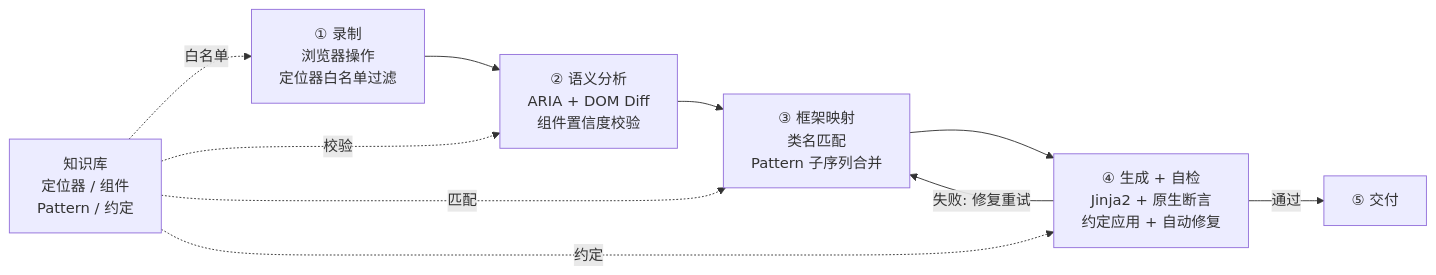
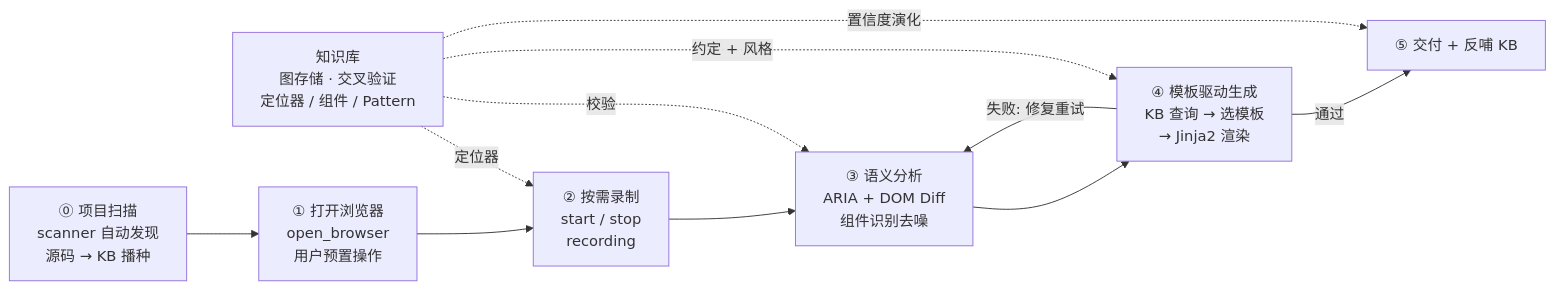
Before and after one commit to timgunnar/UIBridge: the third of 4 diagrams in README.md, drawn with Mermaid. The commit also changed other lines of this file and 122 other files, not shown here.

````diff
--- a/README.md
+++ b/README.md
@@ -97,15 +99,16 @@
 ```mermaid
 flowchart LR
-    KB["知识库<br/>定位器 / 组件<br/>Pattern / 约定"]
+    KB["知识库<br/>图存储 · 交叉验证<br/>定位器 / 组件 / Pattern"]
 
-    S1["① 录制<br/>浏览器操作<br/>定位器白名单过滤"] --> S2["② 语义分析<br/>ARIA + DOM Diff<br/>组件置信度校验"]
-    S2 --> S3["③ 框架映射<br/>类名匹配<br/>Pattern 子序列合并"]
-    S3 --> S4["④ 生成 + 自检<br/>Jinja2 + 原生断言<br/>约定应用 + 自动修复"]
+    S0["⓪ 项目扫描<br/>scanner 自动发现<br/>源码 → KB 播种"] --> S1
+    S1["① 打开浏览器<br/>open_browser<br/>用户预置操作"] --> S2["② 按需录制<br/>start / stop<br/>recording"]
+    S2 --> S3["③ 语义分析<br/>ARIA + DOM Diff<br/>组件识别去噪"]
+    S3 --> S4["④ 模板驱动生成<br/>KB 查询 → 选模板<br/>→ Jinja2 渲染"]
     S4 -->|"失败: 修复重试"| S3
-    S4 -->|"通过"| S5["⑤ 交付"]
+    S4 -->|"通过"| S5["⑤ 交付 + 反哺 KB"]
 
-    KB -.->|白名单| S1
-    KB -.->|校验| S2
-    KB -.->|匹配| S3
-    KB -.->|约定| S4
+    KB -.->|定位器| S2
+    KB -.->|校验| S3
+    KB -.->|约定 + 风格| S4
+    KB -.->|置信度演化| S5
 ```
````
